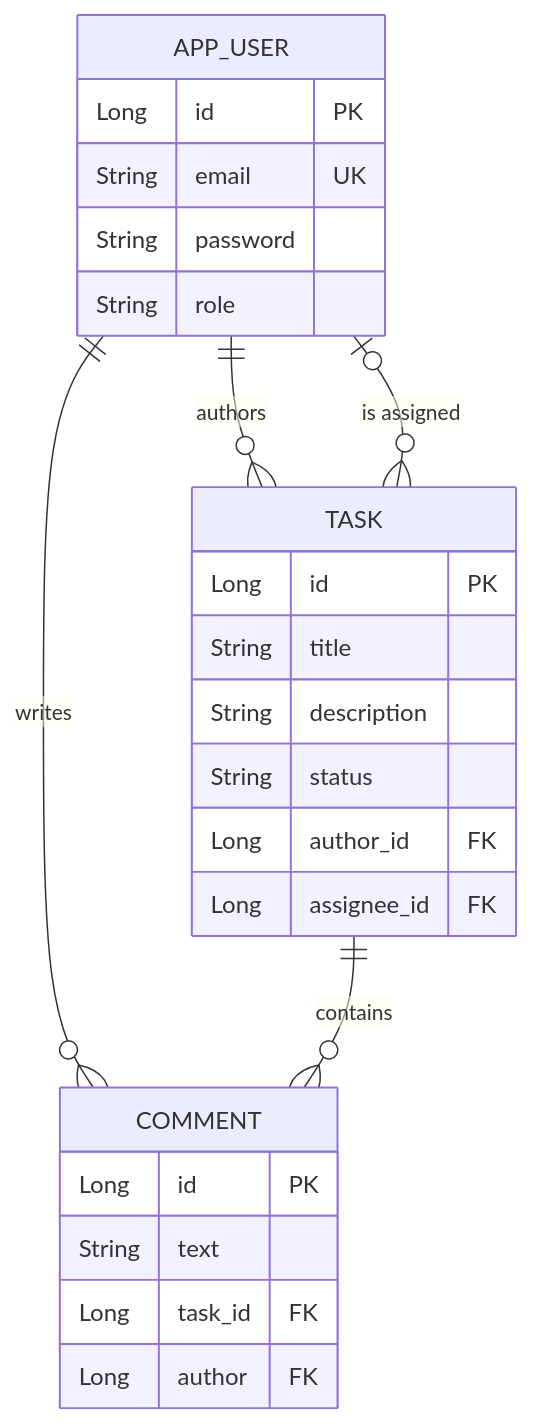
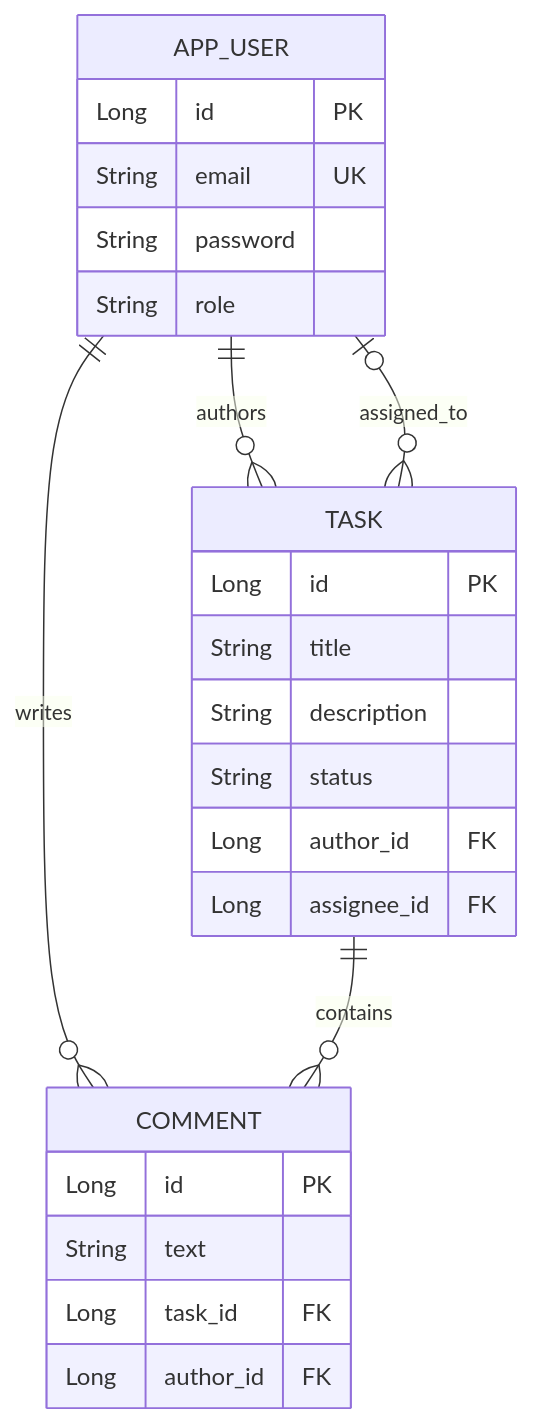
The third of 3 diagrams in README.md (YashM211/Task_Management), drawn with Mermaid before and after one commit. The commit also changed other lines of this file, not shown here.

````diff
--- a/README.md
+++ b/README.md
@@ -134,30 +134,30 @@
-```mermaid
+``` mermaid
 erDiagram
     APP_USER ||--o{ TASK : authors
-    APP_USER o|--o{ TASK : "is assigned"
+    APP_USER o|--o{ TASK : assigned_to
     APP_USER ||--o{ COMMENT : writes
     TASK ||--o{ COMMENT : contains
 
     APP_USER {
         Long id PK
         String email UK
         String password
         String role
     }
 
     TASK {
         Long id PK
         String title
         String description
         String status
         Long author_id FK
         Long assignee_id FK
     }
 
     COMMENT {
         Long id PK
         String text
         Long task_id FK
-        Long author FK
+        Long author_id FK
     }
 ```
````
